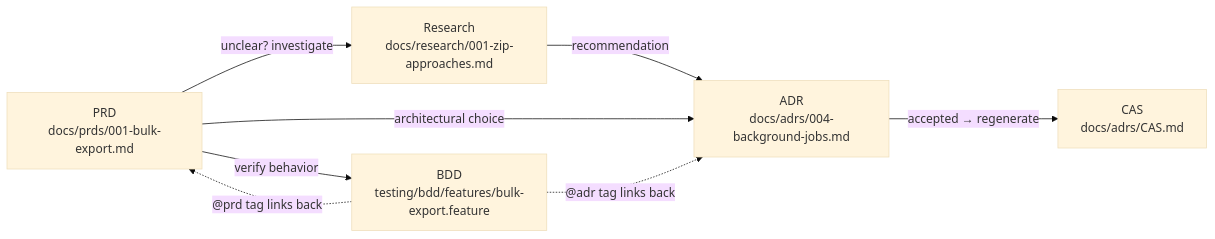
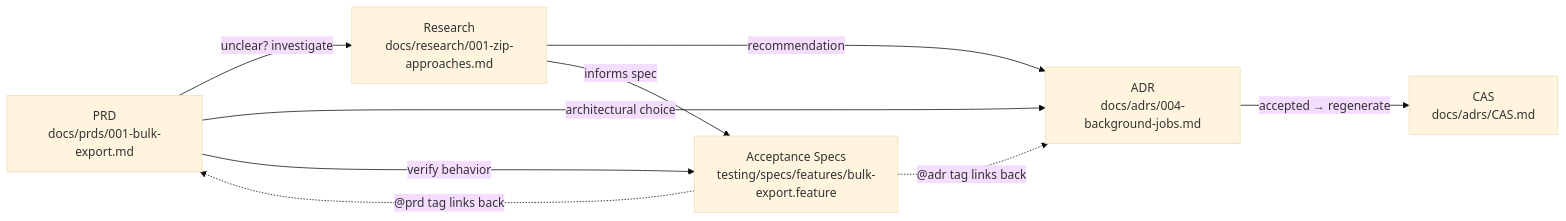
The second of 3 diagrams in docs/SPEC-FRAMEWORK.md (nuno-git/druppie-fork), drawn with Mermaid (base theme) before and after one commit. The commit also changed other lines of this file and 8 other files, not shown here.

First line of the commit message:
refactor(docs): rename BDD to Acceptance Specs across framework

````diff
--- a/docs/SPEC-FRAMEWORK.md
+++ b/docs/SPEC-FRAMEWORK.md
@@ -96,16 +138,17 @@
 ```mermaid
 flowchart LR
     PRD["PRD<br/>docs/prds/001-bulk-export.md"]
     RESEARCH["Research<br/>docs/research/001-zip-approaches.md"]
     ADR["ADR<br/>docs/adrs/004-background-jobs.md"]
-    BDD["BDD<br/>testing/bdd/features/bulk-export.feature"]
+    SPECS["Acceptance Specs<br/>testing/specs/features/bulk-export.feature"]
     CAS["CAS<br/>docs/adrs/CAS.md"]
 
     PRD -->|"unclear? investigate"| RESEARCH
     RESEARCH -->|"recommendation"| ADR
     PRD -->|"architectural choice"| ADR
-    PRD -->|"verify behavior"| BDD
+    PRD -->|"verify behavior"| SPECS
+    RESEARCH -->|"informs spec"| SPECS
     ADR -->|"accepted → regenerate"| CAS
-    BDD -.->|"@prd tag links back"| PRD
-    BDD -.->|"@adr tag links back"| ADR
+    SPECS -.->|"@prd tag links back"| PRD
+    SPECS -.->|"@adr tag links back"| ADR
 ```
````
